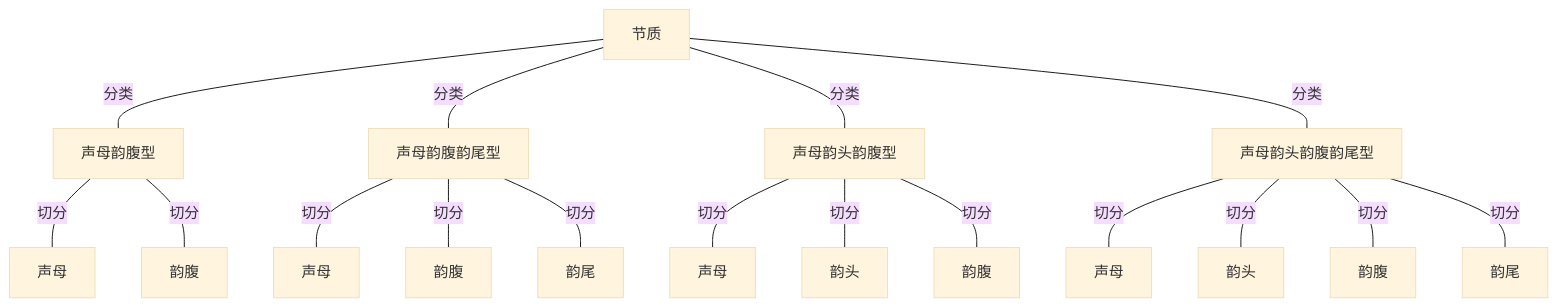
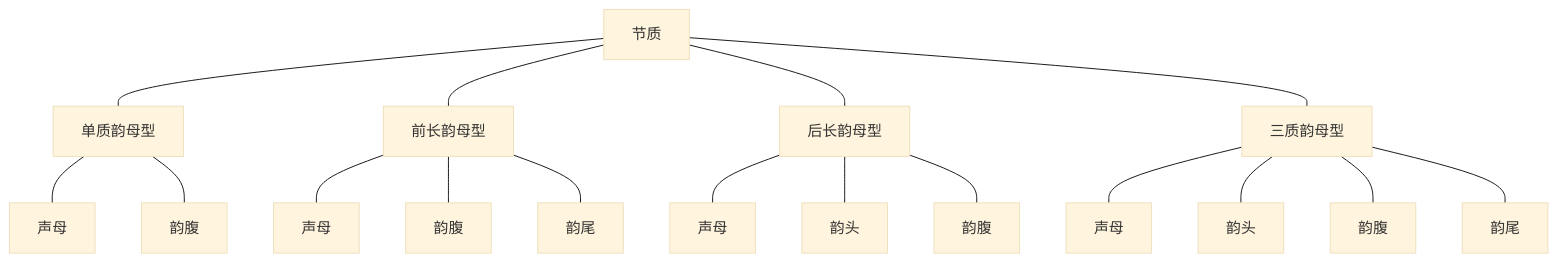
One commit to tsaanghwang/Yime-prototype changed the diagram in YIME_Theory/flowchart/节质线形结构.mmd. Above: the diagram before and after it, drawn with Mermaid (base theme). The commit also changed 16 other files, not shown here.

```diff
--- a/YIME_Theory/flowchart/节质线形结构.mmd
+++ b/YIME_Theory/flowchart/节质线形结构.mmd
@@ -1,17 +1,17 @@
 graph TB
-A[节质]  --- |分类|B1[声母韵腹型]
-A --- |分类|B2[声母韵腹韵尾型]
-A --- |分类|B3[声母韵头韵腹型]
-A --- |分类|B4[声母韵头韵腹韵尾型]
-B1 --- |切分|C1[声母]
-B1 --- |切分|C2[韵腹]
-B2 --- |切分|D1[声母]
-B2 --- |切分|D2[韵腹]
-B2 --- |切分|D3[韵尾]
-B3 --- |切分|E1[声母]
-B3 --- |切分|E2[韵头]
-B3 --- |切分|E3[韵腹]
-B4 --- |切分|F1[声母]
-B4 --- |切分|F2[韵头]
-B4 --- |切分|F3[韵腹]
-B4 --- |切分|F4[韵尾]
+A[节质]  --- B1[单质韵母型]
+A --- B2[前长韵母型]
+A --- B3[后长韵母型]
+A --- B4[三质韵母型]
+B1 --- C1[声母]
+B1 --- C2[韵腹]
+B2 --- D1[声母]
+B2 --- D2[韵腹]
+B2 --- D3[韵尾]
+B3 --- E1[声母]
+B3 --- E2[韵头]
+B3 --- E3[韵腹]
+B4 --- F1[声母]
+B4 --- F2[韵头]
+B4 --- F3[韵腹]
+B4 --- F4[韵尾]
```
